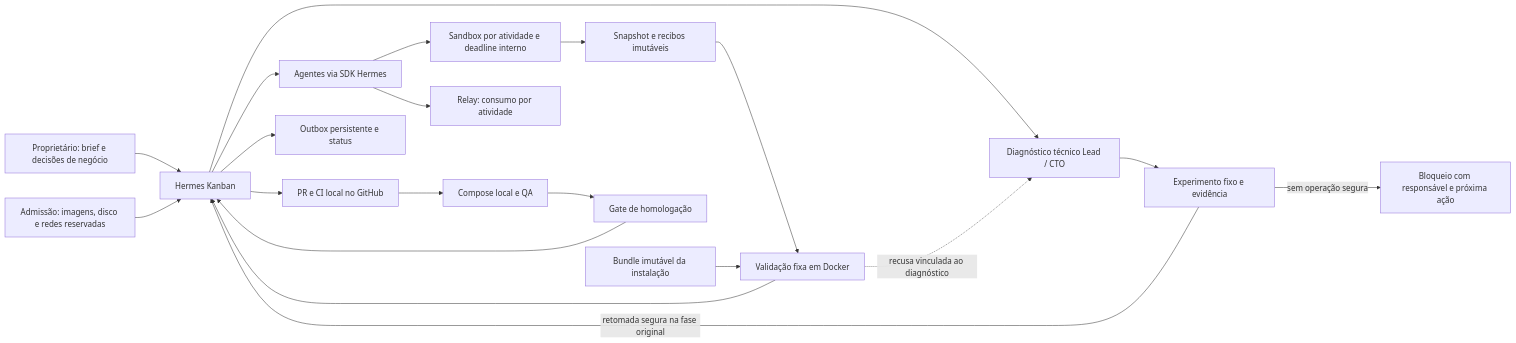
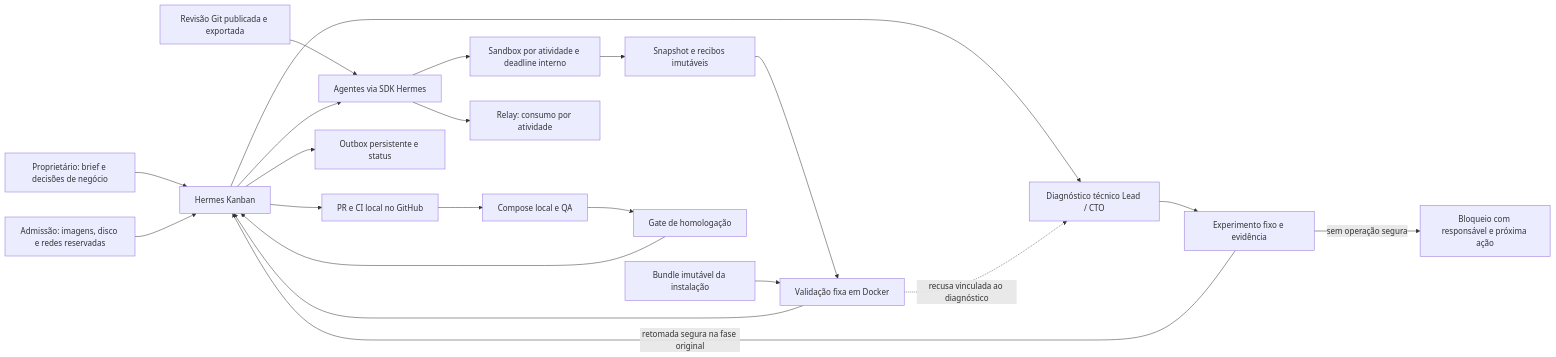
Before and after one commit to codifydeep/fabriquinha: the first of 2 diagrams in README.md, drawn with Mermaid. The commit also changed other lines of this file and 6 other files, not shown here.

````diff
--- a/README.md
+++ b/README.md
@@ -28,22 +28,23 @@
 ```mermaid
 flowchart LR
     CEO[Proprietário: brief e decisões de negócio] --> K[Hermes Kanban]
     A[Admissão: imagens, disco e redes reservadas] --> K
-    K --> W[Agentes via SDK Hermes]
+    SRC[Revisão Git publicada e exportada] --> W[Agentes via SDK Hermes]
+    K --> W
     W --> S[Sandbox por atividade e deadline interno]
     S --> E[Snapshot e recibos imutáveis]
     E --> V[Validação fixa em Docker]
     VB[Bundle imutável da instalação] --> V
     V --> K
     K --> G[PR e CI local no GitHub]
     G --> D[Compose local e QA]
     D --> H[Gate de homologação]
     H --> K
     K --> O[Outbox persistente e status]
     W --> U[Relay: consumo por atividade]
     K --> R[Diagnóstico técnico Lead / CTO]
     V -.->|recusa vinculada ao diagnóstico| R
     R --> X[Experimento fixo e evidência]
     X -->|retomada segura na fase original| K
     X -->|sem operação segura| B[Bloqueio com responsável e próxima ação]
 ```
````
